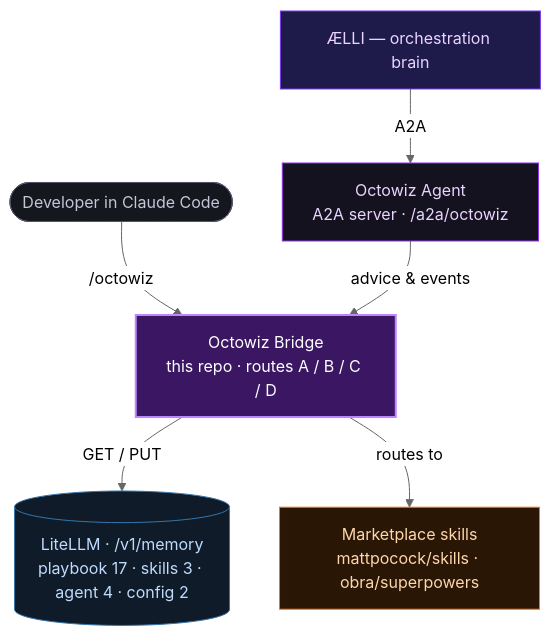
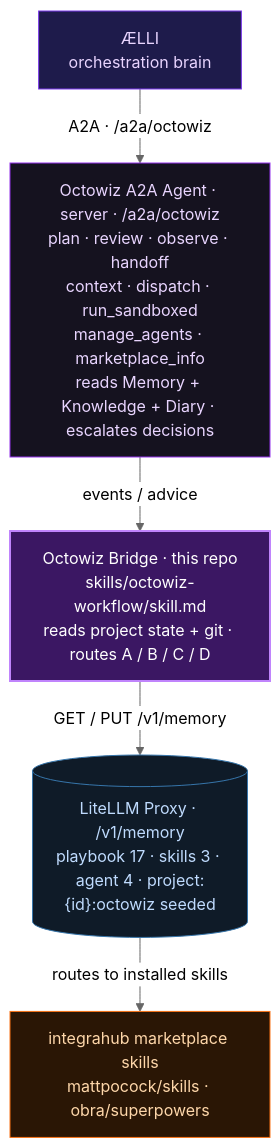
The first of 3 diagrams in README.md (raelli/octowiz), drawn with Mermaid (neutral theme) before and after one commit. The commit also changed other lines of this file, not shown here.

````diff
--- a/README.md
+++ b/README.md
@@ -37,22 +35,19 @@
 ```mermaid
 flowchart TD
-    DEV(["Developer in Claude Code"]):::ext
-    AELLI["ÆLLI &mdash; orchestration brain"]:::brain
-    AGENT["Octowiz Agent<br/>A2A server &middot; /a2a/octowiz"]:::node
-    BRIDGE["Octowiz Bridge<br/>this repo &middot; routes A / B / C / D"]:::core
-    MEM[("LiteLLM &middot; /v1/memory<br/>playbook 17 &middot; skills 3 &middot; agent 4 &middot; config 2")]:::mem
-    SK["Marketplace skills<br/>mattpocock/skills &middot; obra/superpowers"]:::skills
+    AELLI["ÆLLI<br/>orchestration brain"]:::brain
+    AGENT["Octowiz A2A Agent &middot; server &middot; /a2a/octowiz<br/>plan &middot; review &middot; observe &middot; handoff<br/>context &middot; dispatch &middot; run_sandboxed<br/>manage_agents &middot; marketplace_info<br/>reads Memory + Knowledge + Diary &middot; escalates decisions"]:::node
+    BRIDGE["Octowiz Bridge &middot; this repo<br/>skills/octowiz-workflow/skill.md<br/>reads project state + git &middot; routes A / B / C / D"]:::core
+    MEM[("LiteLLM Proxy &middot; /v1/memory<br/>playbook 17 &middot; skills 3 &middot; agent 4 &middot; project:{id}:octowiz seeded")]:::mem
+    SK["integrahub marketplace skills<br/>mattpocock/skills &middot; obra/superpowers"]:::skills
 
-    DEV -->|/octowiz| BRIDGE
-    AELLI -->|A2A| AGENT
-    AGENT -->|advice &amp; events| BRIDGE
-    BRIDGE -->|GET / PUT| MEM
-    BRIDGE -->|routes to| SK
+    AELLI -->|"A2A &middot; /a2a/octowiz"| AGENT
+    AGENT -->|"events / advice"| BRIDGE
+    BRIDGE -->|"GET / PUT /v1/memory"| MEM
+    MEM -->|"routes to installed skills"| SK
 
-    classDef ext fill:#15171f,stroke:#56546c,color:#c7c5d6;
     classDef brain fill:#1e1b4b,stroke:#7c3aed,color:#e9d5ff;
     classDef node fill:#15121f,stroke:#9333ea,color:#e9d5ff;
     classDef core fill:#3b1763,stroke:#c084fc,color:#ffffff,stroke-width:2px;
     classDef mem fill:#0f1b28,stroke:#3776ab,color:#bfdbfe;
     classDef skills fill:#2a1605,stroke:#f97316,color:#fed7aa;
 ```
````
